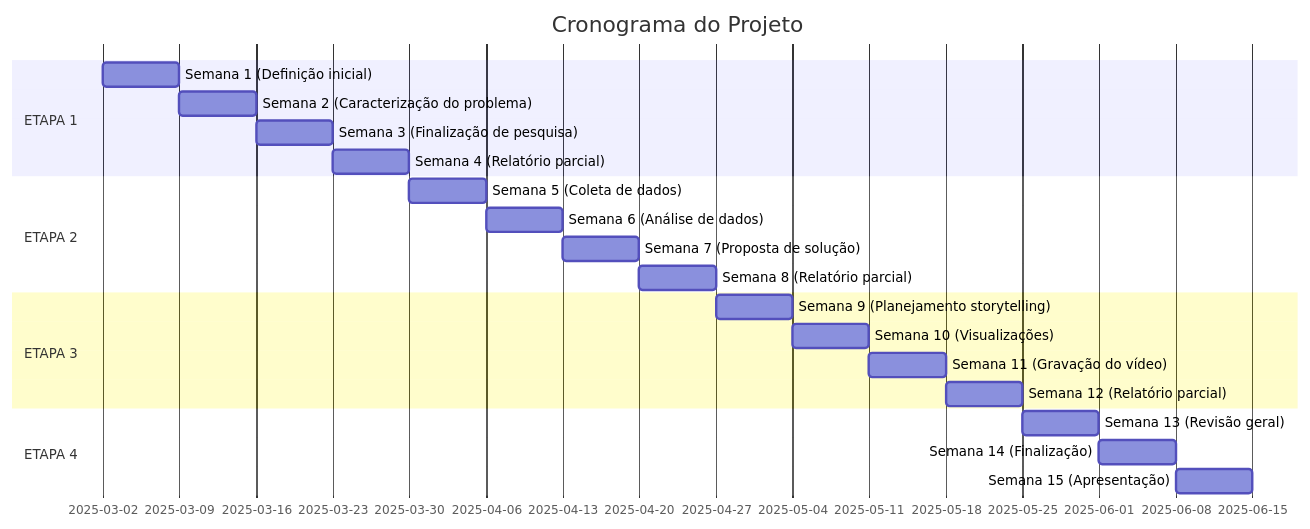
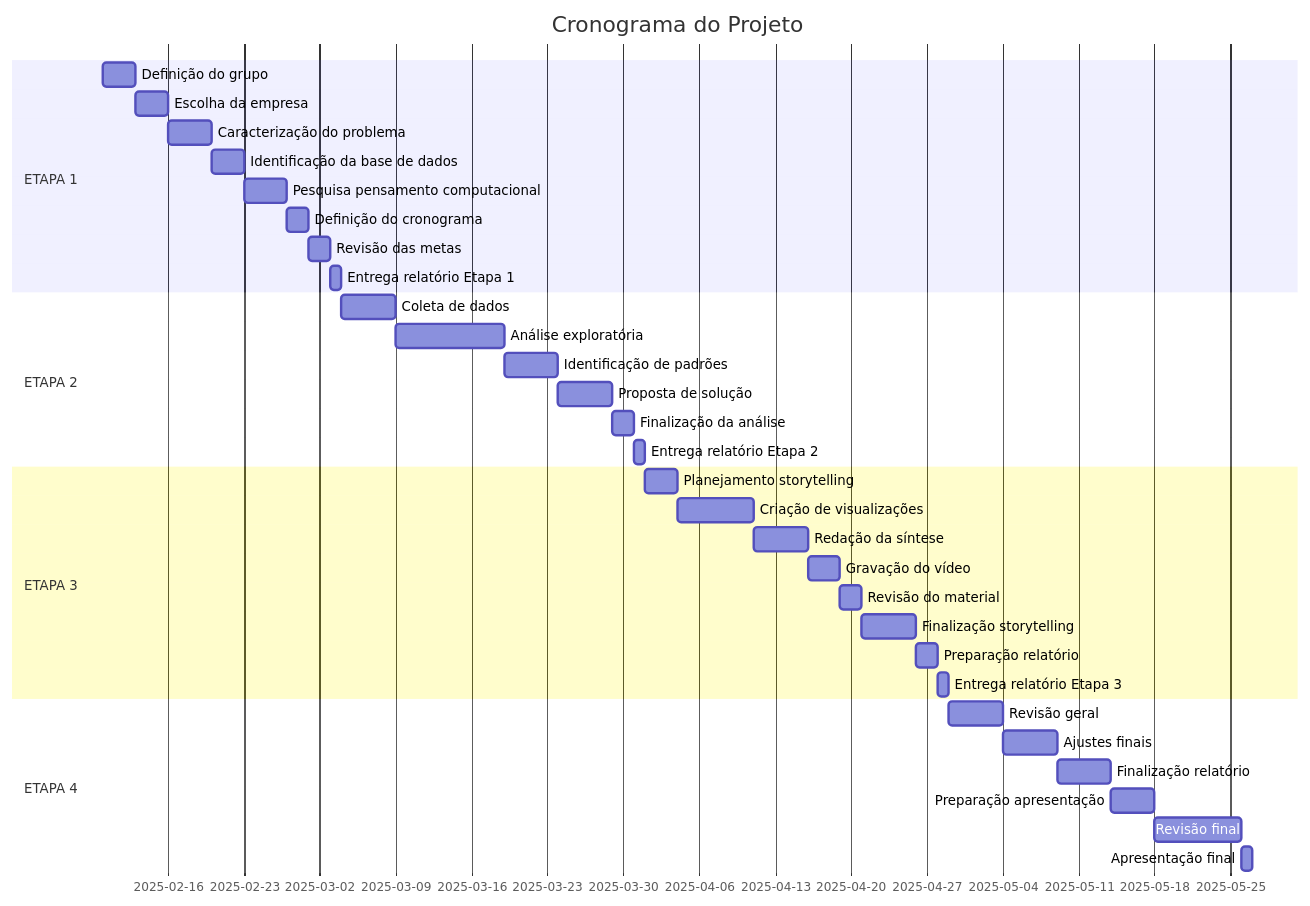
The diagram in Cronograma.md (EnzoFerroni/ProjetoAplicado1), drawn with Mermaid before and after one commit. The commit also changed other lines of this file, not shown here.

````diff
--- a/Cronograma.md
+++ b/Cronograma.md
@@ -62,25 +65,37 @@
 ```mermaid
 gantt
     title Cronograma do Projeto
     dateFormat  YYYY-MM-DD
     section ETAPA 1
-    Semana 1 (Definição inicial): 2025-03-02, 7d
-    Semana 2 (Caracterização do problema): 2025-03-09, 7d
-    Semana 3 (Finalização de pesquisa): 2025-03-16, 7d
-    Semana 4 (Relatório parcial): 2025-03-23, 7d
+    Definição do grupo: 2025-02-10, 3d
+    Escolha da empresa: 2025-02-13, 3d
+    Caracterização do problema: 2025-02-16, 4d
+    Identificação da base de dados: 2025-02-20, 3d
+    Pesquisa pensamento computacional: 2025-02-23, 4d
+    Definição do cronograma: 2025-02-27, 2d
+    Revisão das metas: 2025-03-01, 2d
+    Entrega relatório Etapa 1: 2025-03-03, 1d
     section ETAPA 2
-    Semana 5 (Coleta de dados): 2025-03-30, 7d
-    Semana 6 (Análise de dados): 2025-04-06, 7d
-    Semana 7 (Proposta de solução): 2025-04-13, 7d
-    Semana 8 (Relatório parcial): 2025-04-20, 7d
+    Coleta de dados: 2025-03-04, 5d
+    Análise exploratória: 2025-03-09, 10d
+    Identificação de padrões: 2025-03-19, 5d
+    Proposta de solução: 2025-03-24, 5d
+    Finalização da análise: 2025-03-29, 2d
+    Entrega relatório Etapa 2: 2025-03-31, 1d
     section ETAPA 3
-    Semana 9 (Planejamento storytelling): 2025-04-27, 7d
-    Semana 10 (Visualizações): 2025-05-04, 7d
-    Semana 11 (Gravação do vídeo): 2025-05-11, 7d
-    Semana 12 (Relatório parcial): 2025-05-18, 7d
+    Planejamento storytelling: 2025-04-01, 3d
+    Criação de visualizações: 2025-04-04, 7d
+    Redação da síntese: 2025-04-11, 5d
+    Gravação do vídeo: 2025-04-16, 3d
+    Revisão do material: 2025-04-19, 2d
+    Finalização storytelling: 2025-04-21, 5d
+    Preparação relatório: 2025-04-26, 2d
+    Entrega relatório Etapa 3: 2025-04-28, 1d
     section ETAPA 4
-    Semana 13 (Revisão geral): 2025-05-25, 7d
-    Semana 14 (Finalização): 2025-06-01, 7d
-    Semana 15 (Apresentação): 2025-06-08, 7d
-
+    Revisão geral: 2025-04-29, 5d
+    Ajustes finais: 2025-05-04, 5d
+    Finalização relatório: 2025-05-09, 5d
+    Preparação apresentação: 2025-05-14, 4d
+    Revisão final: 2025-05-18, 8d
+    Apresentação final: 2025-05-26, 1d
 ```
````
